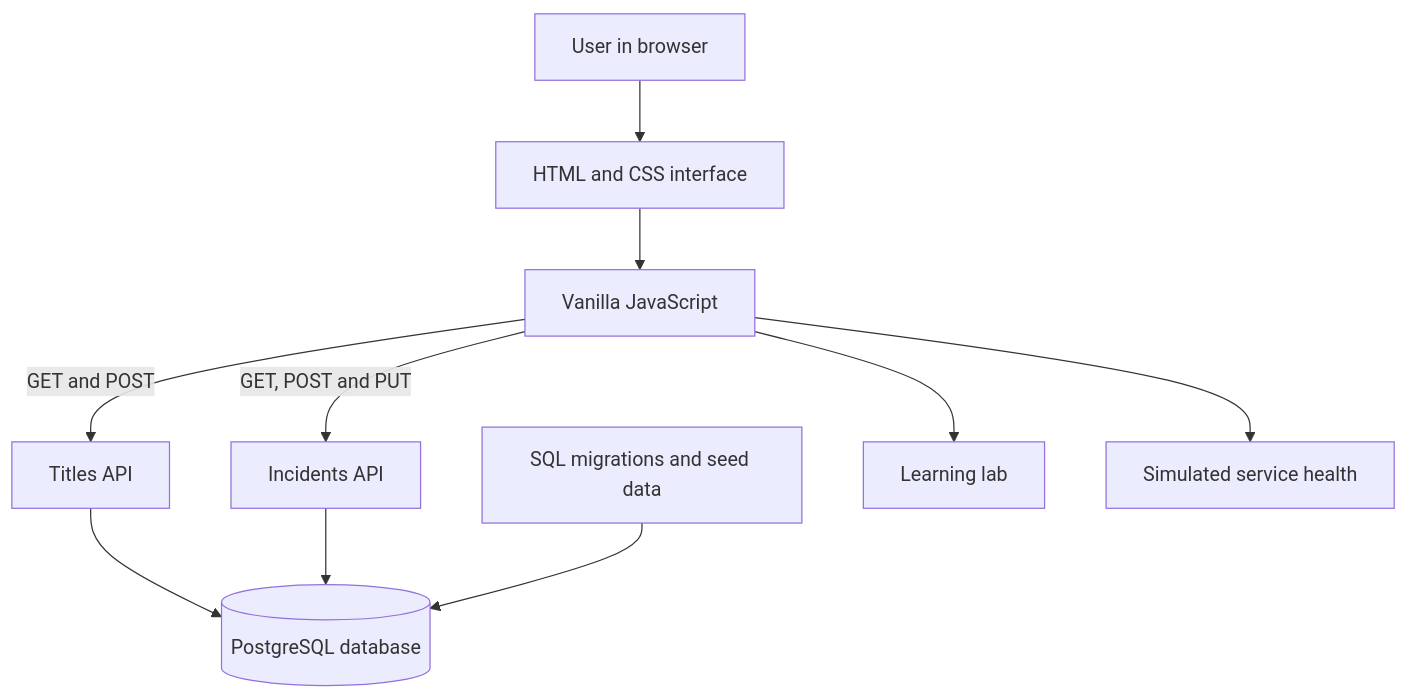
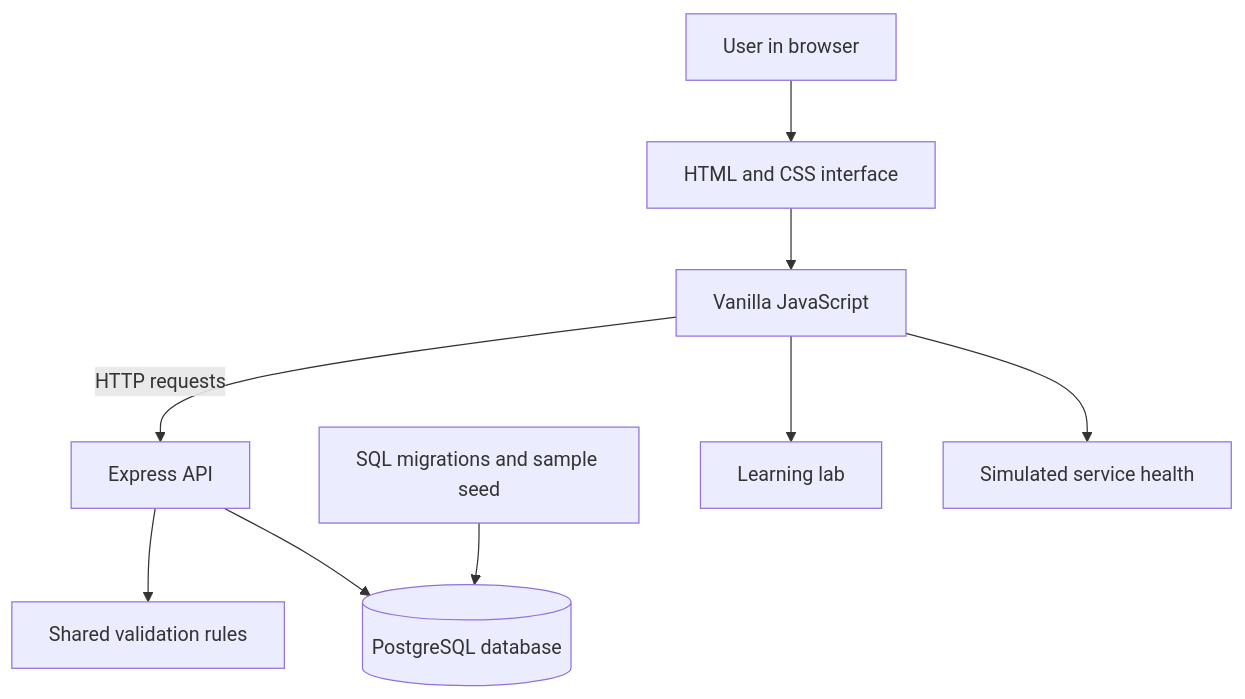
Before and after one commit to jothikapugaz/streamops: the diagram in README.md, drawn with Mermaid. The commit also changed other lines of this file, not shown here.

Commit message:
Document standalone local setup and PostgreSQL backend

````diff
--- a/README.md
+++ b/README.md
@@ -24,12 +26,11 @@
 ```mermaid
 flowchart TD
     U["User in browser"] --> H["HTML and CSS interface"]
     H --> J["Vanilla JavaScript"]
-    J -->|"GET and POST"| T["Titles API"]
-    J -->|"GET, POST and PUT"| I["Incidents API"]
-    T --> D[("PostgreSQL database")]
-    I --> D
-    M["SQL migrations and seed data"] --> D
+    J -->|"HTTP requests"| E["Express API"]
+    E --> V["Shared validation rules"]
+    E --> P[("PostgreSQL database")]
+    M["SQL migrations and sample seed"] --> P
     J --> L["Learning lab"]
     J --> S["Simulated service health"]
 ```
````
